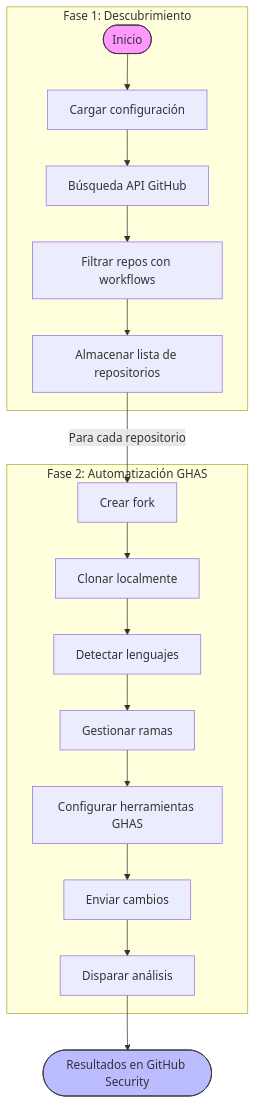
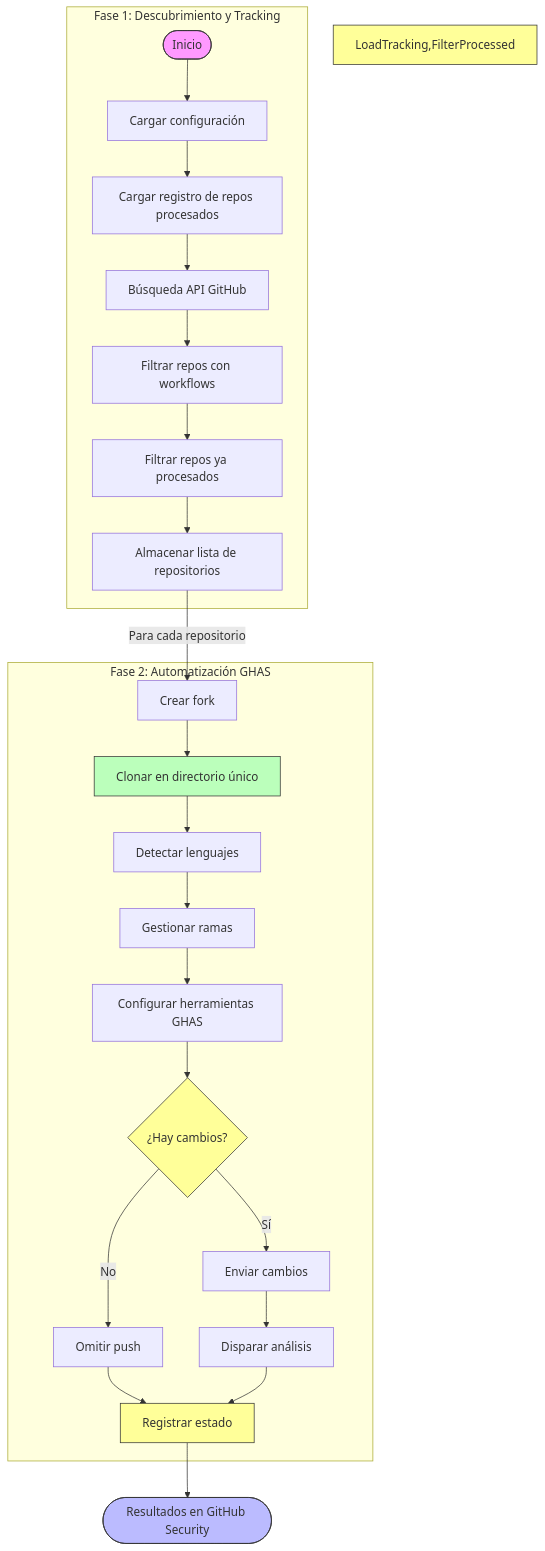
The second of 10 diagrams in README.md (danyelliot/tesis-poc), drawn with Mermaid before and after one commit. The commit also changed other lines of this file and 7 other files, not shown here.

````diff
--- a/README.md
+++ b/README.md
@@ -62,25 +74,35 @@
 ```mermaid
 flowchart TB
-    subgraph "Fase 1: Descubrimiento"
+    subgraph "Fase 1: Descubrimiento y Tracking"
     Start([Inicio]) --> ConfigInit[Cargar configuración]
-    ConfigInit --> APISearch[Búsqueda API GitHub]
+    ConfigInit --> LoadTracking[Cargar registro de repos procesados]
+    LoadTracking --> APISearch[Búsqueda API GitHub]
     APISearch --> FilterWorkflows[Filtrar repos con workflows]
-    FilterWorkflows --> StoreRepos[Almacenar lista de repositorios]
+    FilterWorkflows --> FilterProcessed[Filtrar repos ya procesados]
+    FilterProcessed --> StoreRepos[Almacenar lista de repositorios]
     end
     
     subgraph "Fase 2: Automatización GHAS" 
     StoreRepos --> |Para cada repositorio| Fork[Crear fork]
-    Fork --> Clone[Clonar localmente]
+    Fork --> Clone[Clonar en directorio único]
     Clone --> LangDetect[Detectar lenguajes]
     LangDetect --> BranchMgmt[Gestionar ramas]
     BranchMgmt --> ConfigTools[Configurar herramientas GHAS]
-    ConfigTools --> Push[Enviar cambios]
+    ConfigTools --> ChangesCheck{¿Hay cambios?}
+    ChangesCheck -->|Sí| Push[Enviar cambios]
+    ChangesCheck -->|No| SkipPush[Omitir push]
     Push --> TriggerAnalysis[Disparar análisis]
+    SkipPush --> RecordStatus[Registrar estado]
+    TriggerAnalysis --> RecordStatus
     end
     
-    TriggerAnalysis --> Results([Resultados en GitHub Security])
+    RecordStatus --> Results([Resultados en GitHub Security])
 
     class Start,Results round
     style Start fill:#f9f,stroke:#333
+    style LoadTracking,FilterProcessed fill:#ff9,stroke:#333
+    style Clone fill:#bfb,stroke:#333
+    style ChangesCheck fill:#ff9,stroke:#333
+    style RecordStatus fill:#ff9,stroke:#333
     style Results fill:#bbf,stroke:#333
 ```
````
